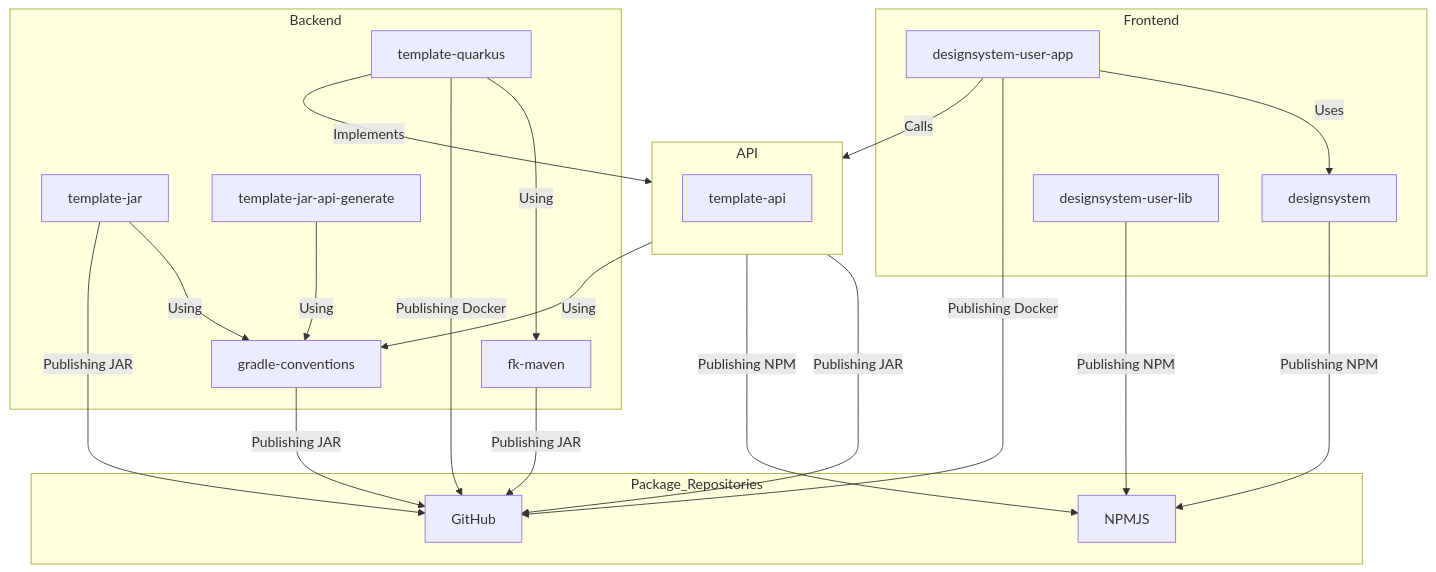
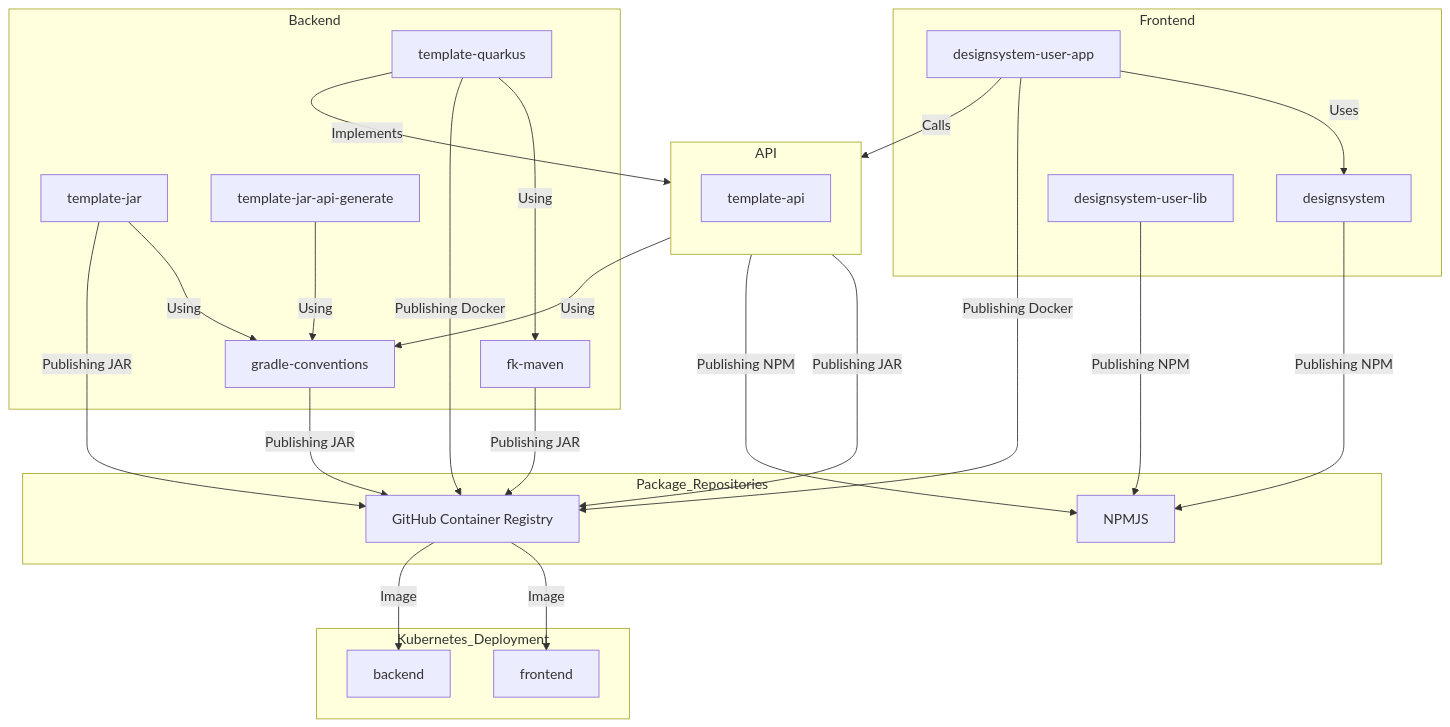
The diagram in profile/README.md (Forsakringskassan/.github), drawn with Mermaid before and after one commit. The commit also changed other lines of this file, not shown here.

````diff
--- a/profile/README.md
+++ b/profile/README.md
@@ -30,52 +34,62 @@
 ```mermaid
 graph TD
     %% Backend nodes
     subgraph Backend
         C1[fk-maven]
         C2[gradle-conventions]
         C3[template-quarkus]
         C4[template-jar]
         C5[template-jar-api-generate]
 
         C3 -->|Using| C1
         C5 -->|Using| C2
         C4 -->|Using| C2
     end
 
     %% API nodes
     subgraph API
         direction TB
         B1[template-api]
         B1 -->|Using| C2
     end
 
     %% Frontend nodes
     subgraph Frontend
         A1[designsystem]
         A2[designsystem-user-app]
         A3[designsystem-user-lib]
 
         A2 -->|Uses| A1
         A2 -->|Calls| B1
     end
 
     %% Repository subgraph
     subgraph Package_Repositories
-        GHRepo[GitHub]
+        GHRepo[GitHub Container Registry]
         NPM[NPMJS]
+    end
+
+    %% Kubernetes deployment
+    subgraph Kubernetes_Deployment
+        K2[frontend]
+        K3[backend]
     end
 
     %% Cross-subgraph links
     C3 -->|Implements| B1
 
     %% Publishing arrows
     C1 -->|Publishing JAR| GHRepo
     C2 -->|Publishing JAR| GHRepo
     C3 -->|Publishing Docker| GHRepo
     C4 -->|Publishing JAR| GHRepo
     B1 -->|Publishing JAR| GHRepo
     B1 -->|Publishing NPM| NPM
     A1 -->|Publishing NPM| NPM
     A2 -->|Publishing Docker| GHRepo
     A3 -->|Publishing NPM| NPM
+
+    %% Docker to Kubernetes deployment flows
+    GHRepo -->|Image| K2
+    GHRepo -->|Image| K3
 ```
````
